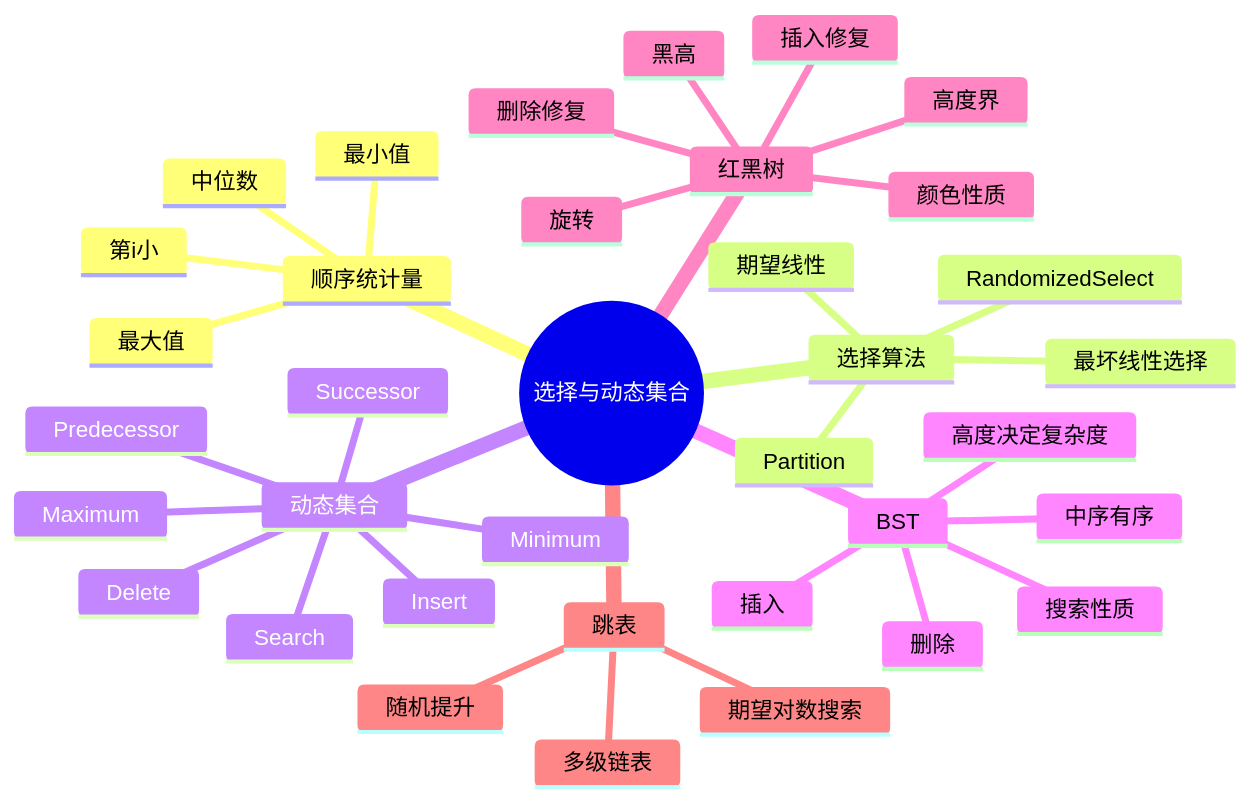
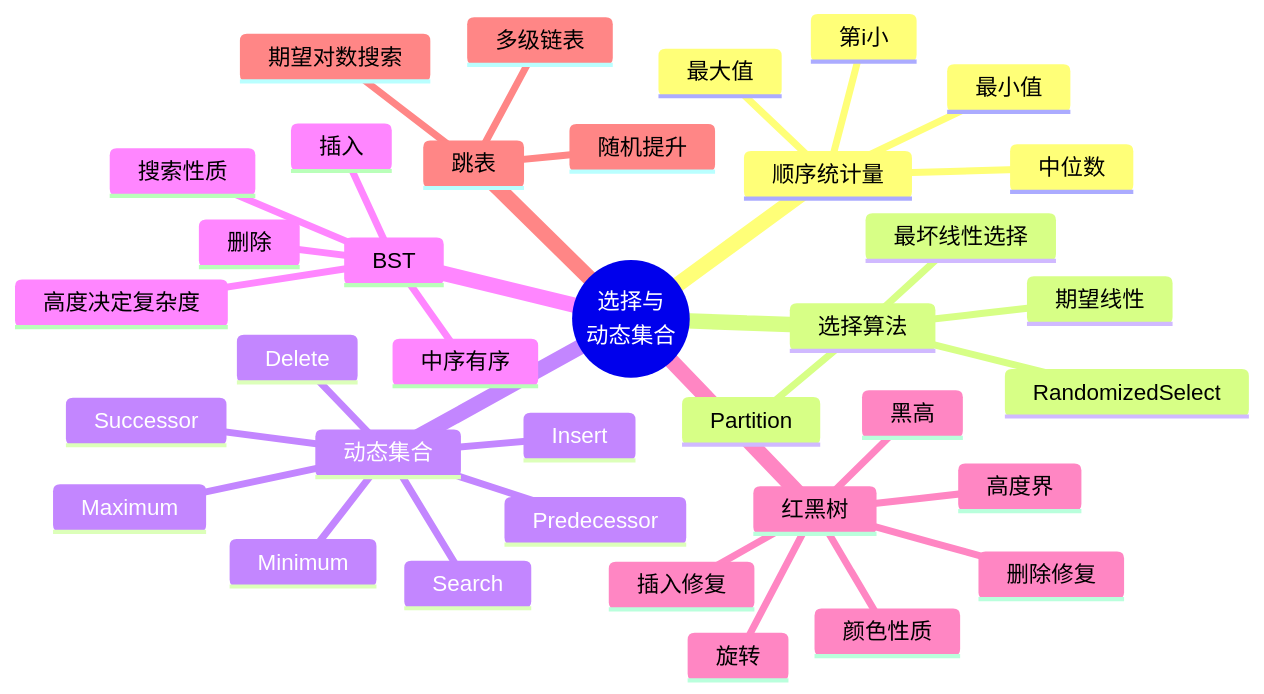
One commit to hadanice/OpenDS changed the diagram in 算法与数据结构/04-选择问题_搜索树_红黑树_跳表.md. Above: the diagram before and after it, drawn with Mermaid. The commit also changed other lines of this file, not shown here.

````diff
--- a/算法与数据结构/04-选择问题_搜索树_红黑树_跳表.md
+++ b/算法与数据结构/04-选择问题_搜索树_红黑树_跳表.md
@@ -5,39 +5,40 @@
 ```mermaid
 mindmap
-  root((选择与动态集合))
+  root((选择与
+  动态集合))
     顺序统计量
       最小值
       最大值
       第i小
       中位数
     选择算法
       RandomizedSelect
       Partition
       期望线性
       最坏线性选择
     动态集合
       Search
       Insert
       Delete
       Minimum
       Maximum
       Successor
       Predecessor
     BST
       搜索性质
       中序有序
       插入
       删除
       高度决定复杂度
     红黑树
       颜色性质
       黑高
       高度界
       旋转
       插入修复
       删除修复
     跳表
       多级链表
       随机提升
       期望对数搜索
 ```
````
